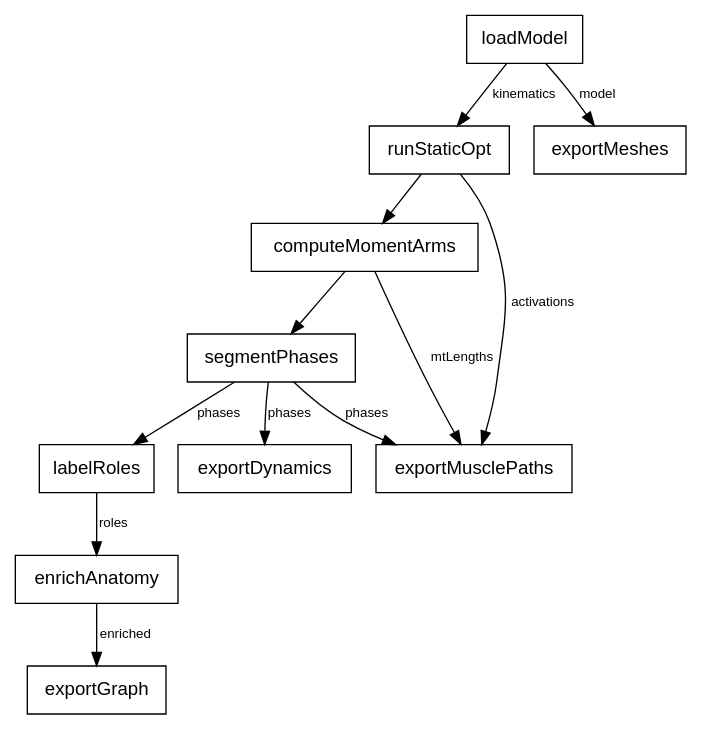
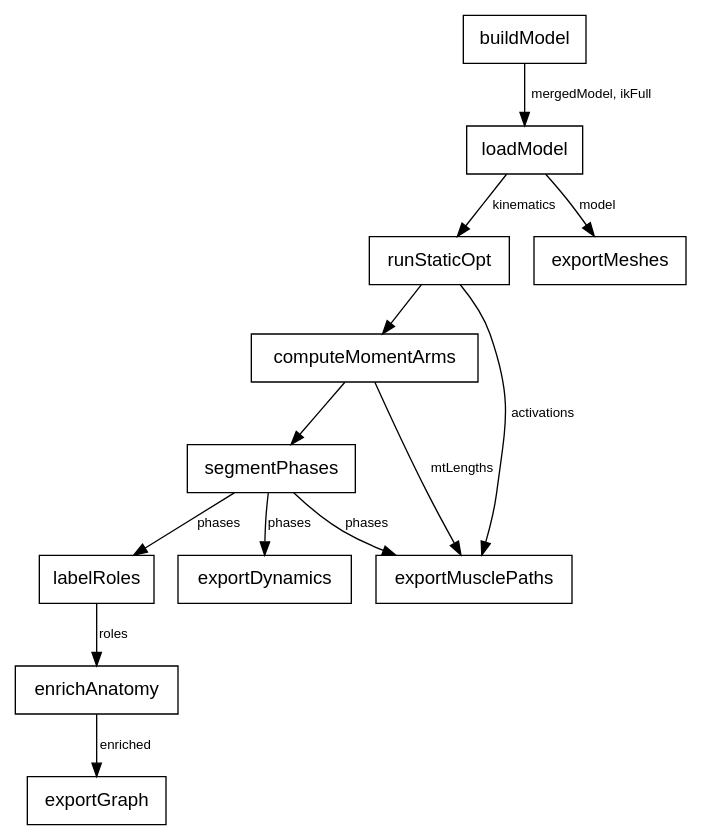
The diagram in generated/diagrams/pipeline.dot (argent0/bio-mechanics), drawn with Graphviz before and after one commit. The commit also changed 5 other files, not shown here.

Commit message:
Add stage buildModel before loadModel (D-008..D-010) Later stages read data/work/model.osim and ik_full.mot

```diff
--- a/generated/diagrams/pipeline.dot
+++ b/generated/diagrams/pipeline.dot
@@ -1,27 +1,29 @@
 // Generated by `lake exe gen` from spec/BioMech/Pipeline.lean. Edit the Lean source, then regenerate: cd spec && lake exe gen
 digraph pipeline {
   rankdir=TB;
   node [shape=box, fontname="Helvetica"];
   edge [fontname="Helvetica", fontsize=10];
+  "buildModel" [label="buildModel"];
   "loadModel" [label="loadModel"];
   "runStaticOpt" [label="runStaticOpt"];
   "computeMomentArms" [label="computeMomentArms"];
   "segmentPhases" [label="segmentPhases"];
   "labelRoles" [label="labelRoles"];
   "enrichAnatomy" [label="enrichAnatomy"];
   "exportGraph" [label="exportGraph"];
   "exportMeshes" [label="exportMeshes"];
   "exportMusclePaths" [label="exportMusclePaths"];
   "exportDynamics" [label="exportDynamics"];
+  "buildModel" -> "loadModel" [label="mergedModel, ikFull"];
   "loadModel" -> "runStaticOpt" [label="kinematics"];
   "runStaticOpt" -> "computeMomentArms";
   "computeMomentArms" -> "segmentPhases";
   "segmentPhases" -> "labelRoles" [label="phases"];
   "labelRoles" -> "enrichAnatomy" [label="roles"];
   "enrichAnatomy" -> "exportGraph" [label="enriched"];
   "loadModel" -> "exportMeshes" [label="model"];
   "computeMomentArms" -> "exportMusclePaths" [label="mtLengths"];
   "runStaticOpt" -> "exportMusclePaths" [label="activations"];
   "segmentPhases" -> "exportMusclePaths" [label="phases"];
   "segmentPhases" -> "exportDynamics" [label="phases"];
 }
```
